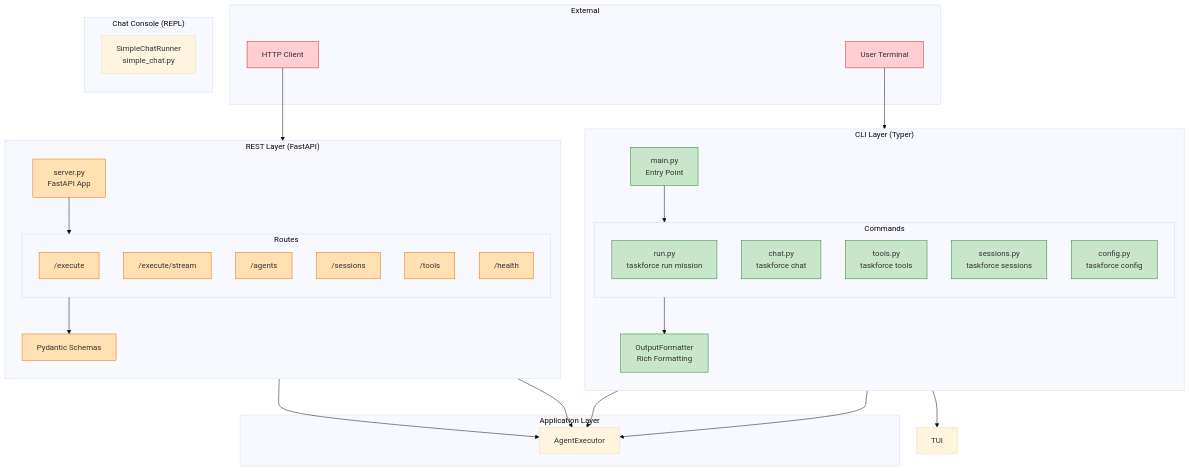
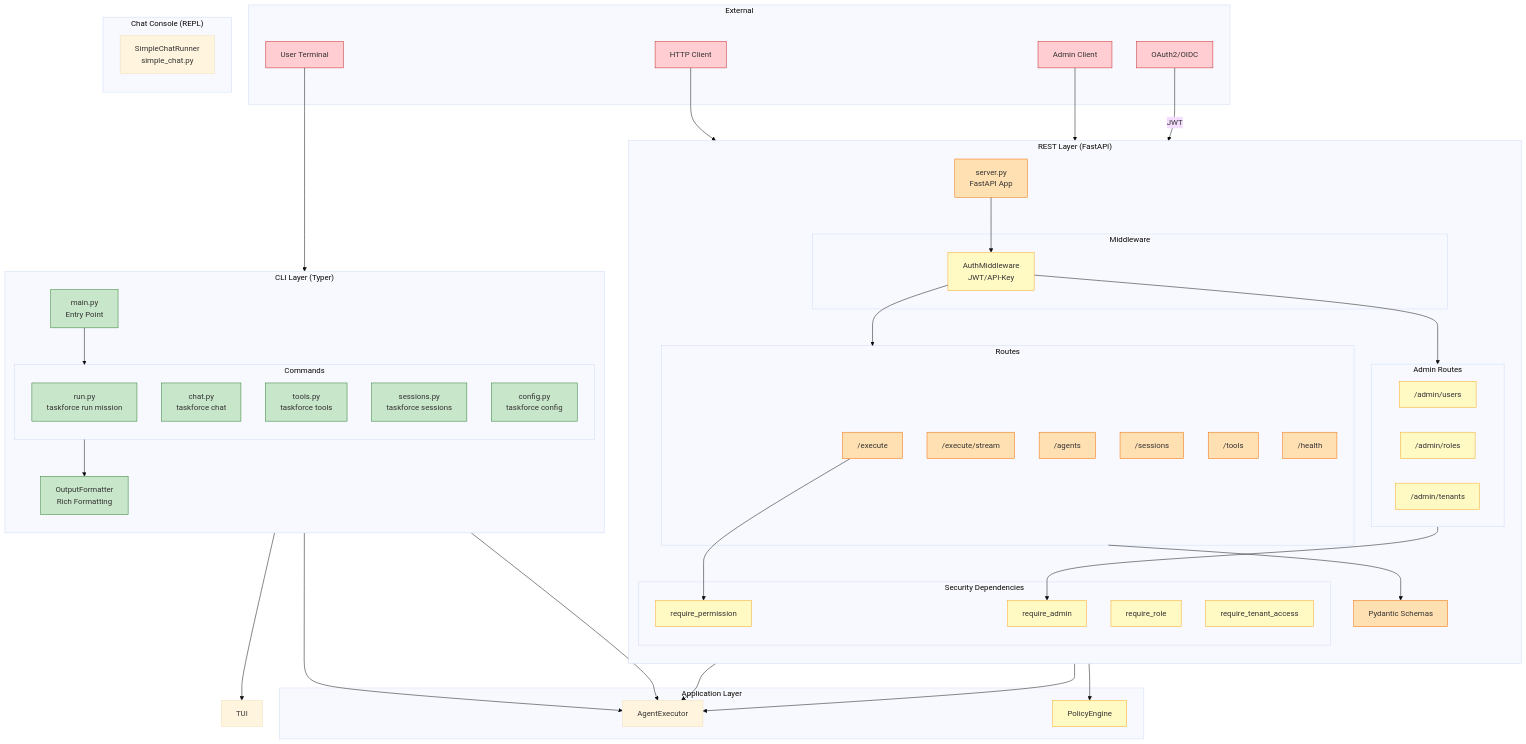
Before and after one commit to rudi77/pytaskforce: diagram 11 of 21 in docs/architecture/architecture-diagrams.md, drawn with Mermaid (base theme). The commit also changed other lines of this file and 64 other files, not shown here.

````diff
--- a/docs/architecture/architecture-diagrams.md
+++ b/docs/architecture/architecture-diagrams.md
@@ -758,6 +837,8 @@
     subgraph External["External"]
         U1[User Terminal]
         U2[HTTP Client]
+        U3[Admin Client]
+        OIDC[OAuth2/OIDC]
     end
 
     subgraph CLI["CLI Layer (Typer)"]
@@ -784,6 +865,10 @@
         direction TB
         SRV[server.py<br/>FastAPI App]
 
+        subgraph Middleware["Middleware"]
+            AUTH[AuthMiddleware<br/>JWT/API-Key]
+        end
+
         subgraph Routes["Routes"]
             EX["/execute"]
             EXS["/execute/stream"]
@@ -793,15 +878,31 @@
             HE["/health"]
         end
 
+        subgraph Admin["Admin Routes"]
+            USERS["/admin/users"]
+            ROLES["/admin/roles"]
+            TENANTS["/admin/tenants"]
+        end
+
+        subgraph Dependencies["Security Dependencies"]
+            RP[require_permission]
+            RR[require_role]
+            RA[require_admin]
+            RT[require_tenant_access]
+        end
+
         SCH[Pydantic Schemas]
     end
 
     subgraph App["Application Layer"]
         AE[AgentExecutor]
+        PE[PolicyEngine]
     end
 
     U1 --> CLI
     U2 --> REST
+    U3 --> Admin
+    OIDC -->|JWT| AUTH
 
     MAIN --> Commands
     Commands --> OF
@@ -810,18 +911,26 @@
     RUN --> AE
     CHAT --> AE
 
-    SRV --> Routes
+    SRV --> AUTH
+    AUTH --> Routes
+    AUTH --> Admin
     Routes --> SCH
-    EX --> AE
+    EX --> RP
+    RP --> AE
     EXS --> AE
+
+    Admin --> RA
+    RA --> PE
 
     classDef external fill:#ffcdd2,stroke:#c62828
     classDef cli fill:#c8e6c9,stroke:#2e7d32
     classDef tui fill:#bbdefb,stroke:#1565c0
     classDef rest fill:#ffe0b2,stroke:#ef6c00
+    classDef enterprise fill:#fff9c4,stroke:#f9a825
 
-    class U1,U2 external
+    class U1,U2,U3,OIDC external
     class MAIN,RUN,CHAT,TOOLS,SESS,CFG,OF cli
     class APP,CL,EP,PP,IB tui
     class SRV,EX,EXS,AG,SE,TL,HE,SCH rest
+    class AUTH,USERS,ROLES,TENANTS,RP,RR,RA,RT,PE enterprise
 ```
````
